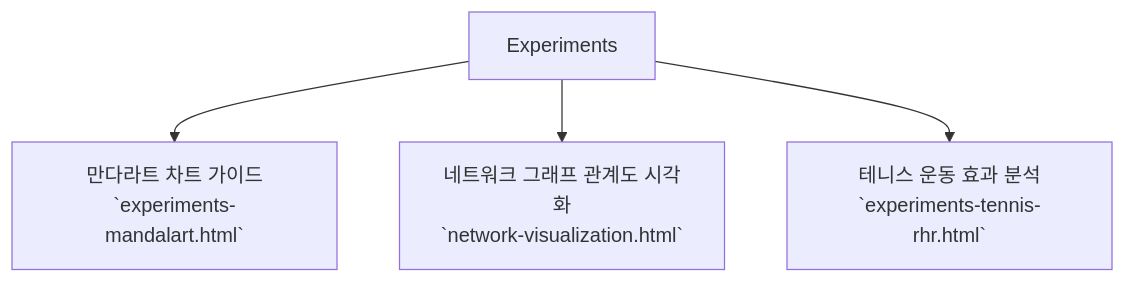
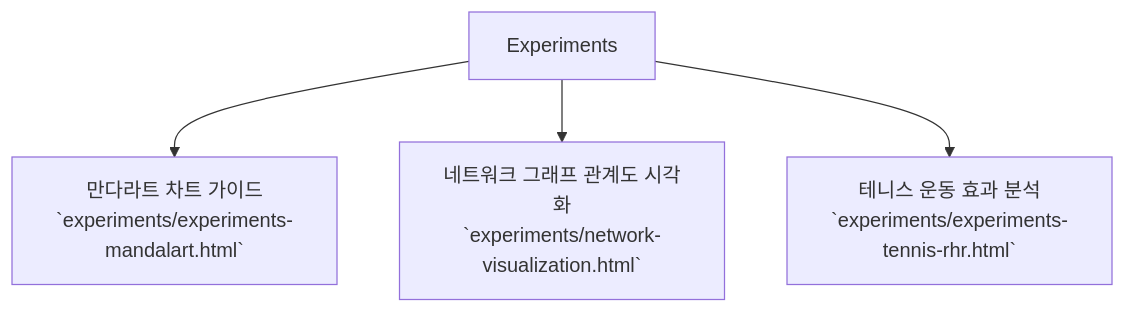
The third of 3 diagrams in docs/site-structure.md (weweGH/wewegh.github.io), drawn with Mermaid before and after one commit. The commit also changed other lines of this file and 5 other files, not shown here.

````diff
--- a/docs/site-structure.md
+++ b/docs/site-structure.md
@@ -55,7 +55,7 @@
 ```mermaid
 graph TD
-    Experiments --> exp_a[만다라트 차트 가이드<br/>`experiments-mandalart.html`]
-    Experiments --> exp_b[네트워크 그래프 관계도 시각화<br/>`network-visualization.html`]
-    Experiments --> exp_c[테니스 운동 효과 분석<br/>`experiments-tennis-rhr.html`]
+    Experiments --> exp_a[만다라트 차트 가이드<br/>`experiments/experiments-mandalart.html`]
+    Experiments --> exp_b[네트워크 그래프 관계도 시각화<br/>`experiments/network-visualization.html`]
+    Experiments --> exp_c[테니스 운동 효과 분석<br/>`experiments/experiments-tennis-rhr.html`]
 
 ```
````
